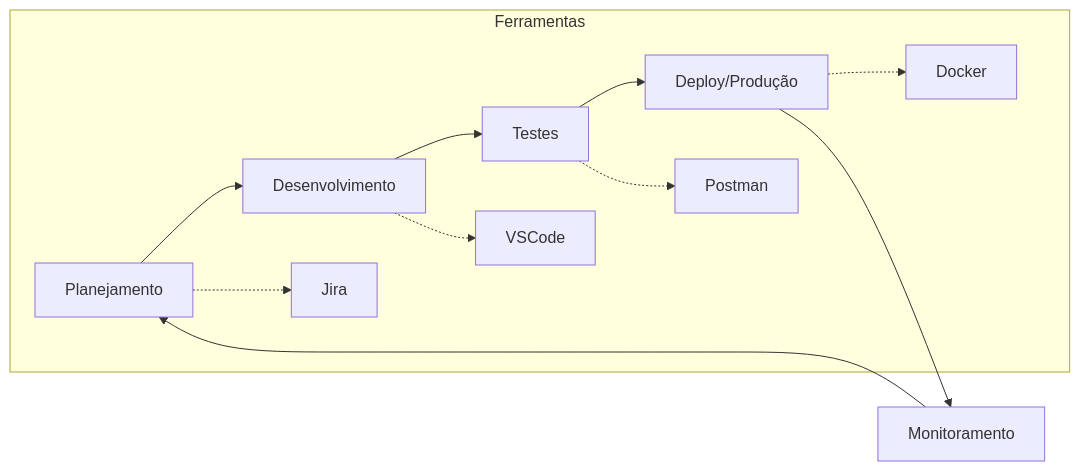
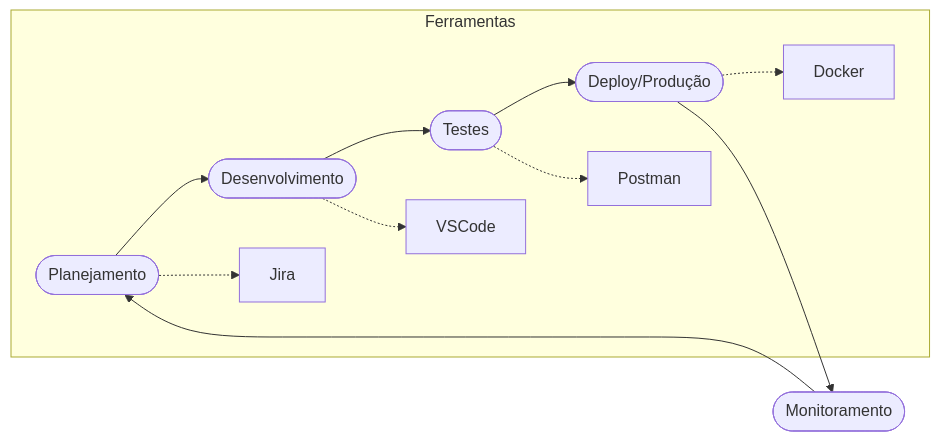
One commit to ricardotecpro/ads_extra_guia_de_ferramentas changed the diagram in docs/aulas/aula-01.md. Above: the diagram before and after it, drawn with Mermaid. The commit also changed other lines of this file and 69 other files, not shown here.

````diff
--- a/docs/aulas/aula-01.md
+++ b/docs/aulas/aula-01.md
@@ -30,15 +36,15 @@
 ```mermaid
 graph LR
-    Plan[Planejamento] --> Dev[Desenvolvimento]
-    Dev --> Test[Testes]
-    Test --> Deploy[Deploy/Produção]
-    Deploy --> Monitor[Monitoramento]
+    Plan([Planejamento]) --> Dev([Desenvolvimento])
+    Dev --> Test([Testes])
+    Test --> Deploy([Deploy/Produção])
+    Deploy --> Monitor([Monitoramento])
     Monitor --> Plan
     
-    subgraph "Ferramentas"
+    subgraph Ferramentas
     Plan -.-> Jira
     Dev -.-> VSCode
     Test -.-> Postman
     Deploy -.-> Docker
     end
 ```
````
